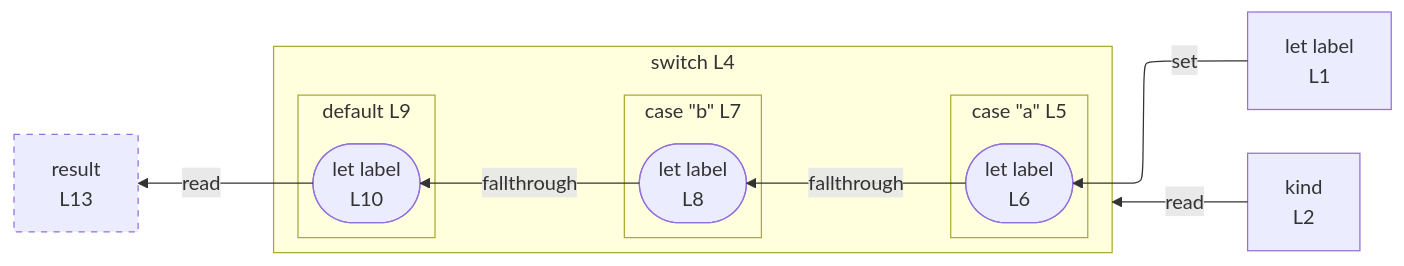
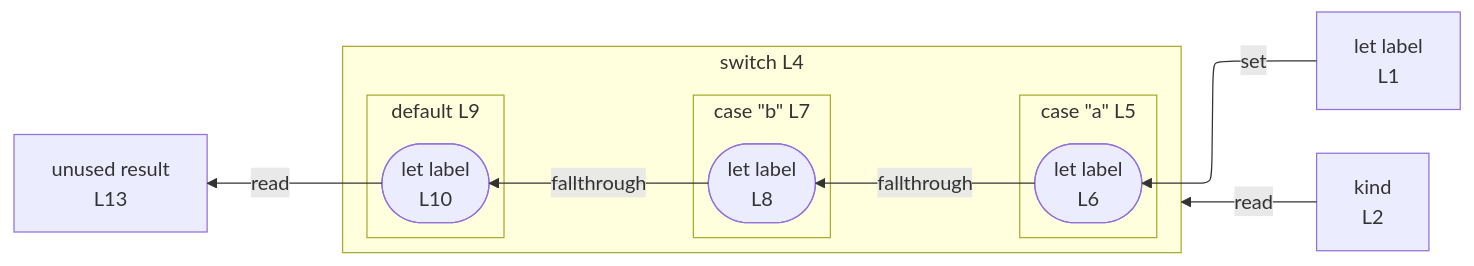
Before and after one commit to crescware/unsnarl: the diagram in integration/fixtures/control-switch-fallthrough/preview.md, drawn with Mermaid. The commit also changed 75 other files, not shown here.

````diff
--- a/integration/fixtures/control-switch-fallthrough/preview.md
+++ b/integration/fixtures/control-switch-fallthrough/preview.md
@@ -23,29 +23,27 @@
 ```mermaid
 %%{init: {"flowchart": {"defaultRenderer": "elk"}}}%%
 flowchart RL
   n_scope_0_label_4["let label<br/>L1"]
   n_scope_0_kind_22["kind<br/>L2"]
-  n_scope_0_result_157["result<br/>L13"]
+  n_scope_0_result_157["unused result<br/>L13"]
   subgraph s_scope_1["switch L4"]
     direction RL
     subgraph s_scope_2["case &quot;a&quot; L5"]
       direction RL
       wr_ref_1(["let label<br/>L6"])
     end
     subgraph s_scope_3["case &quot;b&quot; L7"]
       direction RL
       wr_ref_2(["let label<br/>L8"])
     end
     subgraph s_scope_4["default L9"]
       direction RL
       wr_ref_3(["let label<br/>L10"])
     end
   end
   n_scope_0_label_4 -->|set| wr_ref_1
   wr_ref_1 -->|fallthrough| wr_ref_2
   wr_ref_2 -->|fallthrough| wr_ref_3
   n_scope_0_kind_22 -->|read| s_scope_1
   wr_ref_3 -->|read| n_scope_0_result_157
-  classDef unused stroke-dasharray: 5 5;
-  class n_scope_0_result_157 unused;
 ```
````
